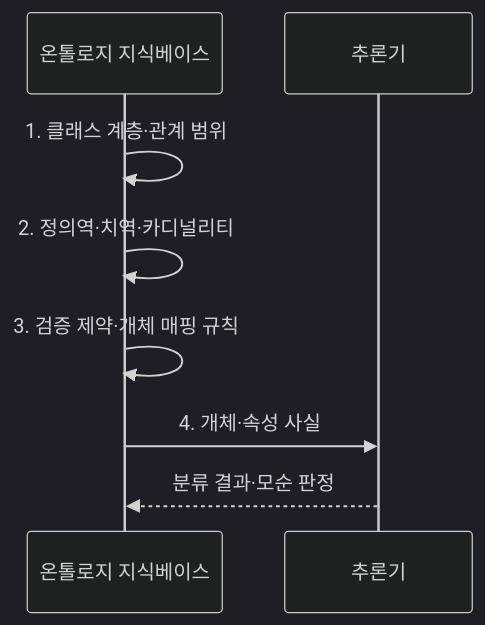
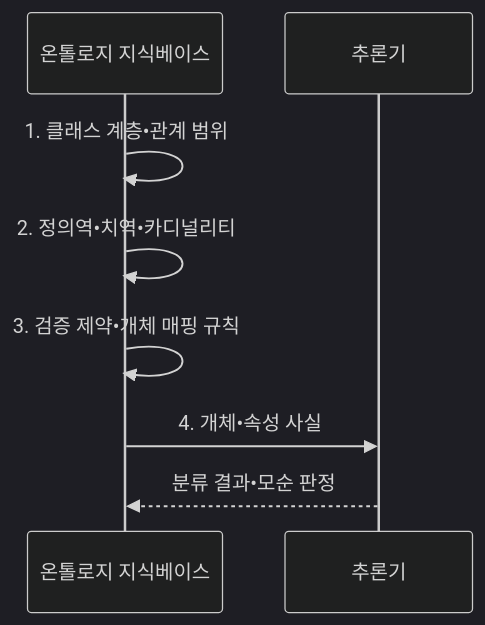
Before and after one commit to agnusdei1207/knowledge-base: the second of 2 diagrams in src/content/docs/notes/08-latest-tech/080_ontology.md, drawn with Mermaid (dark theme). The commit also changed other lines of this file and 953 other files, not shown here.

````diff
--- a/src/content/docs/notes/08-latest-tech/080_ontology.md
+++ b/src/content/docs/notes/08-latest-tech/080_ontology.md
@@ -107,10 +107,10 @@
 ```mermaid
 sequenceDiagram
   participant K as 온톨로지 지식베이스
   participant R as 추론기
-  K->>K: 1. 클래스 계층·관계 범위
-  K->>K: 2. 정의역·치역·카디널리티
-  K->>K: 3. 검증 제약·개체 매핑 규칙
-  K->>R: 4. 개체·속성 사실
-  R-->>K: 분류 결과·모순 판정
+  K->>K: 1. 클래스 계층•관계 범위
+  K->>K: 2. 정의역•치역•카디널리티
+  K->>K: 3. 검증 제약•개체 매핑 규칙
+  K->>R: 4. 개체•속성 사실
+  R-->>K: 분류 결과•모순 판정
 ```
````
